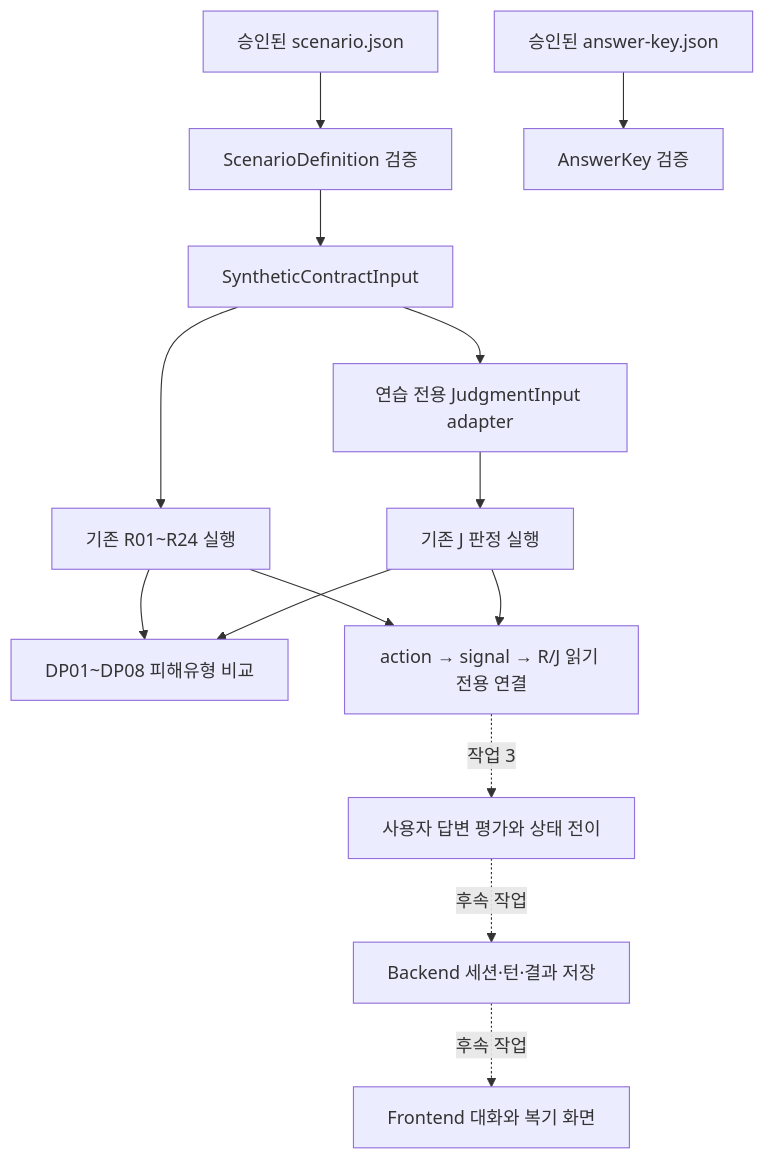
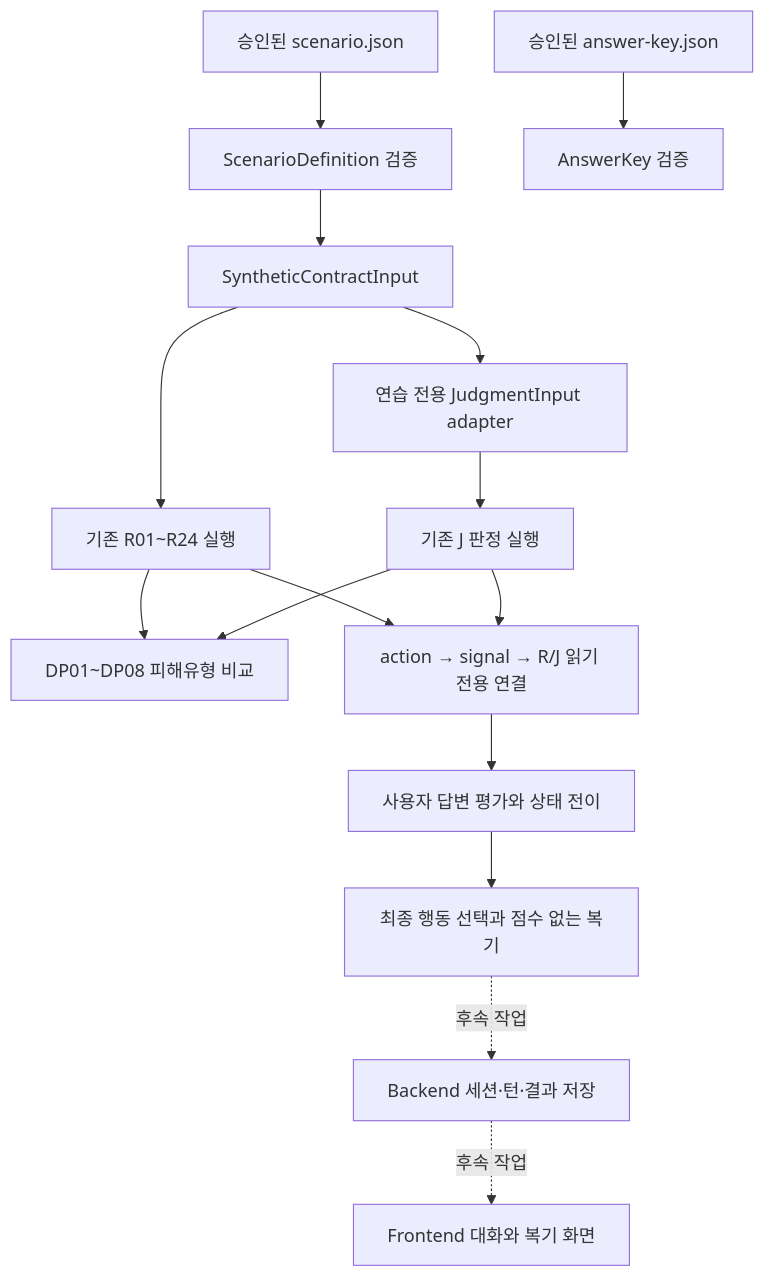
Before and after one commit to coding-jhj/Lease-Companion: the diagram in docs/planning/practice-simulation-work-guide.md, drawn with Mermaid. The commit also changed other lines of this file and 16 other files, not shown here.

````diff
--- a/docs/planning/practice-simulation-work-guide.md
+++ b/docs/planning/practice-simulation-work-guide.md
@@ -51,16 +51,17 @@
 ```mermaid
 flowchart TD
     A[승인된 scenario.json] --> B[ScenarioDefinition 검증]
     C[승인된 answer-key.json] --> D[AnswerKey 검증]
     B --> E[SyntheticContractInput]
     E --> F[기존 R01~R24 실행]
     E --> G[연습 전용 JudgmentInput adapter]
     G --> H[기존 J 판정 실행]
     F --> I[DP01~DP08 피해유형 비교]
     H --> I
     F --> J[action → signal → R/J 읽기 전용 연결]
     H --> J
-    J -. 작업 3 .-> K[사용자 답변 평가와 상태 전이]
-    K -. 후속 작업 .-> L[Backend 세션·턴·결과 저장]
+    J --> K[사용자 답변 평가와 상태 전이]
+    K --> N[최종 행동 선택과 점수 없는 복기]
+    N -. 후속 작업 .-> L[Backend 세션·턴·결과 저장]
     L -. 후속 작업 .-> M[Frontend 대화와 복기 화면]
 ```
````
